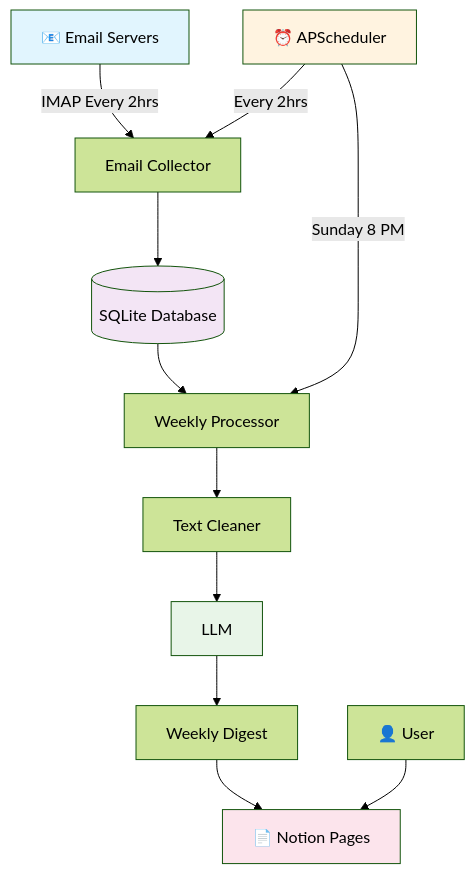
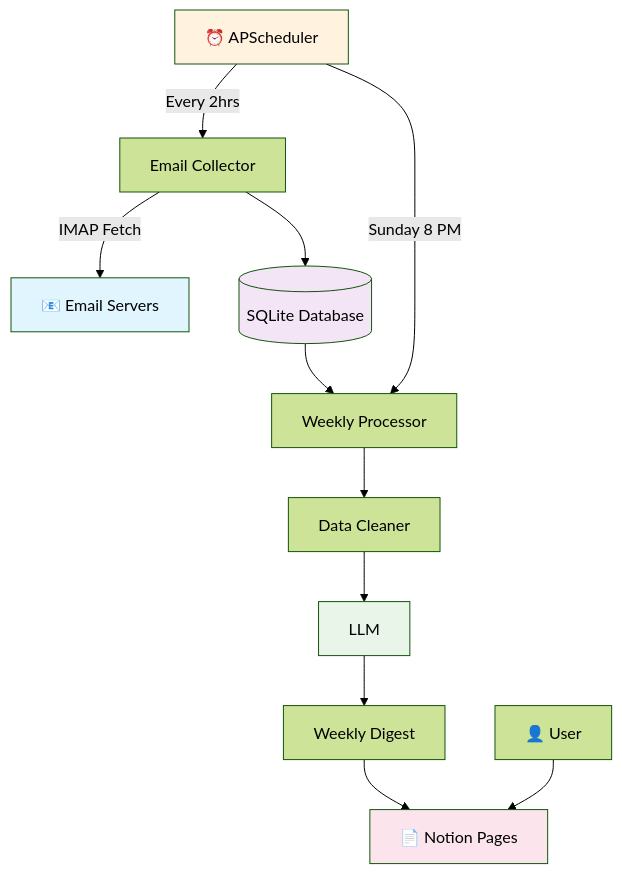
Before and after one commit to samz905/newsletter-gpt: the diagram in MIGRATION_PLAN.md, drawn with Mermaid (forest theme). The commit also changed other lines of this file, not shown here.

Commit message:
new plan added

````diff
--- a/MIGRATION_PLAN.md
+++ b/MIGRATION_PLAN.md
@@ -11,22 +11,22 @@
 ```mermaid
 graph TD
-    A[📧 Email Servers] -->|IMAP Every 2hrs| B[Email Collector]
-    B --> C[(SQLite Database)]
+    A[⏰ APScheduler] -->|Every 2hrs| B[Email Collector]
+    A -->|Sunday 8 PM| E[Weekly Processor]
     
-    D[⏰ APScheduler] -->|Every 2hrs| B
-    D -->|Sunday 8 PM| E[Weekly Processor]
+    B -->|IMAP Fetch| C[📧 Email Servers]
+    B --> D[(SQLite Database)]
     
-    C --> E
-    E --> F[Text Cleaner]
+    D --> E
+    E --> F[Data Cleaner]
     F --> G[LLM]
     G --> H[Weekly Digest]
     H --> I[📄 Notion Pages]
     
     J[👤 User] --> I
     
-    style A fill:#e1f5fe
-    style C fill:#f3e5f5
-    style D fill:#fff3e0
+    style A fill:#fff3e0
+    style C fill:#e1f5fe
+    style D fill:#f3e5f5
     style G fill:#e8f5e8
     style I fill:#fce4ec
 ```
````
